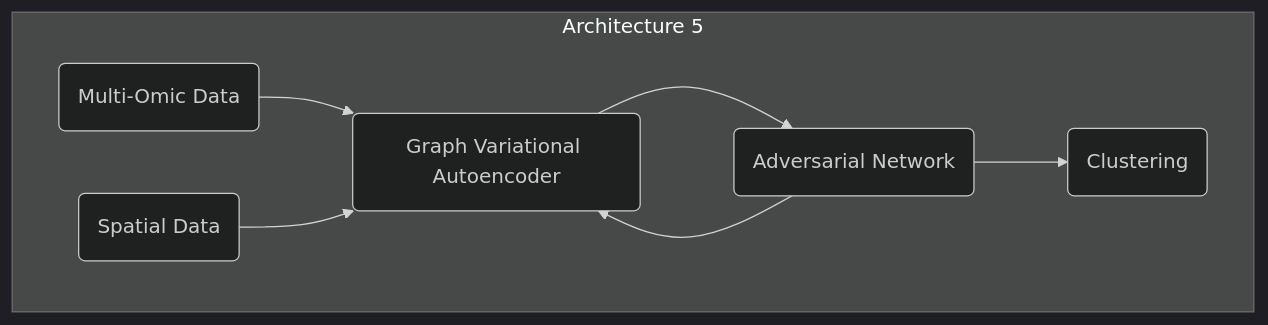
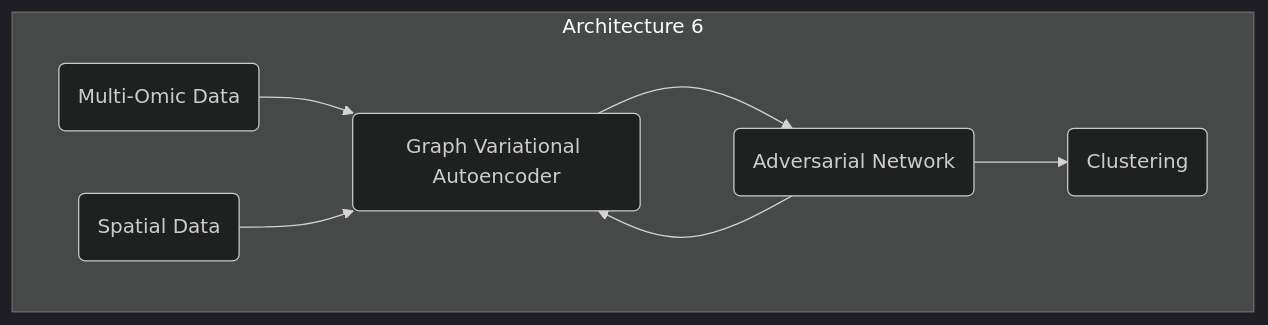
One commit to karanwxliaa/MultiOmics-Research changed diagram 12 of 12 in flowchart_maybe.md. Above: the diagram before and after it, drawn with Mermaid (dark theme).

Commit message:
graph_changes

````diff
--- a/flowchart_maybe.md
+++ b/flowchart_maybe.md
@@ -185,17 +185,17 @@
 ```mermaid
 graph TD
 
-subgraph Architecture 5
+subgraph Architecture 6
     T(Multi-Omic Data)
     U(Spatial Data)
     V(Graph Variational Autoencoder)
     W(Adversarial Network)
     X(Clustering)
     
     T --> V
     U --> V
     V --> W
     W --> V
     W --> X
     end
 ```
````
